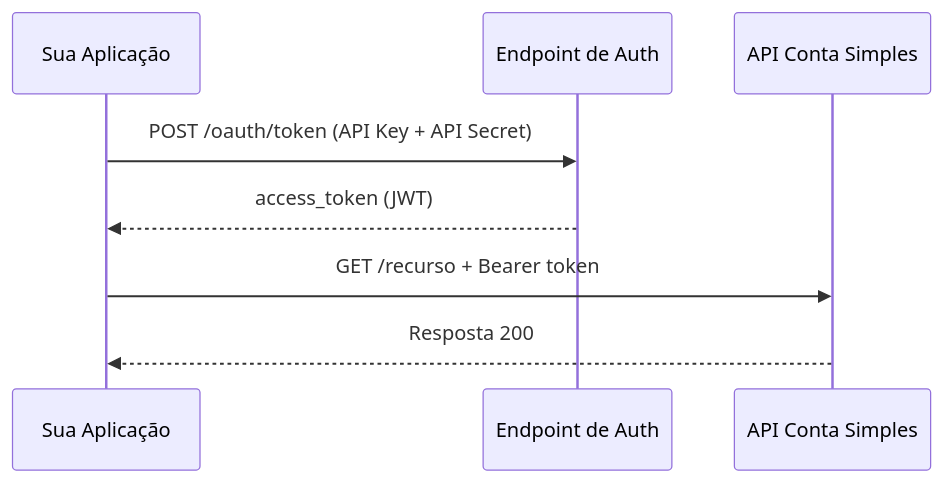
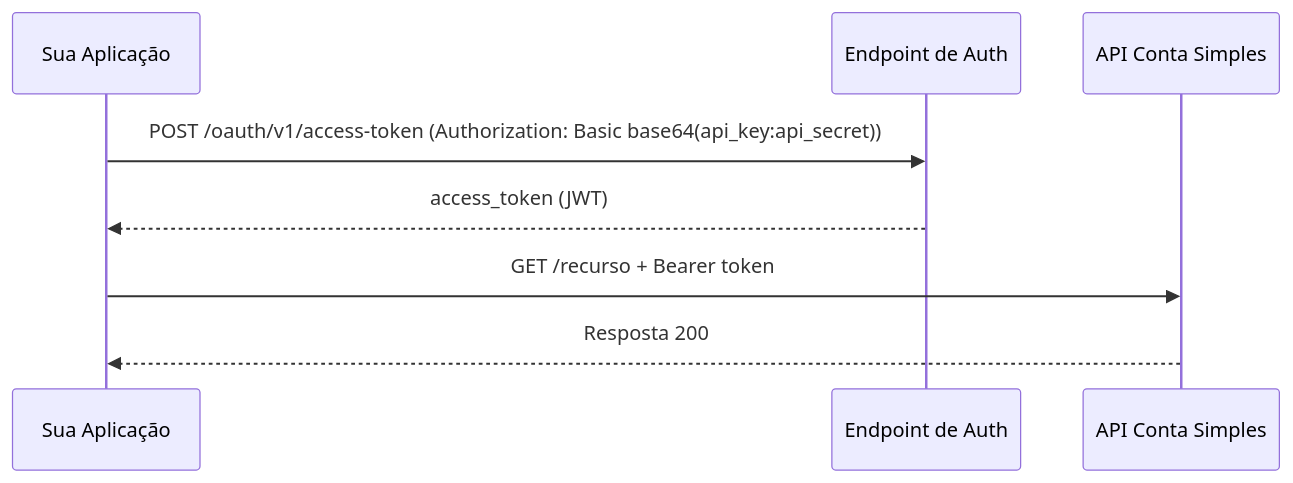
One commit to cs-weiberlan/docs changed the diagram in comece-aqui/autenticacao.mdx. Above: the diagram before and after it, drawn with Mermaid. The commit also changed other lines of this file and 10 other files, not shown here.

First line of the commit message:
docs: atualiza autenticação para api_key/api_secret, Basic header e oauth/v1/access-token

````diff
--- a/comece-aqui/autenticacao.mdx
+++ b/comece-aqui/autenticacao.mdx
@@ -10,11 +10,11 @@
 ```mermaid
 sequenceDiagram
     participant Client as Sua Aplicação
     participant Auth as Endpoint de Auth
     participant API as API Conta Simples
     
-    Client->>Auth: POST /oauth/token (API Key + API Secret)
+    Client->>Auth: POST /oauth/v1/access-token (Authorization: Basic base64(api_key:api_secret))
     Auth-->>Client: access_token (JWT)
     Client->>API: GET /recurso + Bearer token
     API-->>Client: Resposta 200
 ```
````
